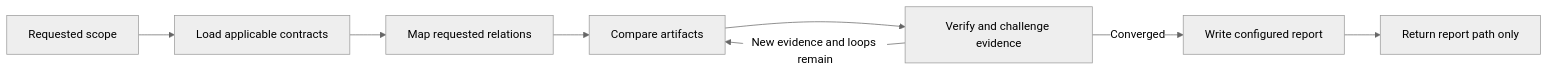
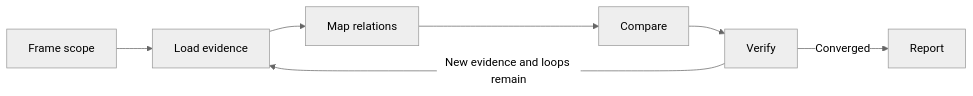
One commit to mols3131d/hmda-data-reliability changed the diagram in .github/agents/artifact-consistency-checker.agent.md. Above: the diagram before and after it, drawn with Mermaid (neutral theme). The commit also changed other lines of this file, not shown here.

````diff
--- a/.github/agents/artifact-consistency-checker.agent.md
+++ b/.github/agents/artifact-consistency-checker.agent.md
@@ -154,10 +77,9 @@
 ```mermaid
 flowchart LR
-    A[Requested scope] --> B[Load applicable contracts]
-    B --> C[Map requested relations]
-    C --> D[Compare artifacts]
-    D --> E[Verify and challenge evidence]
-    E -->|New evidence and loops remain| D
-    E -->|Converged| F[Write configured report]
-    F --> G[Return report path only]
+    A[Frame scope] --> B[Load evidence]
+    B --> C[Map relations]
+    C --> D[Compare]
+    D --> E[Verify]
+    E -->|New evidence and loops remain| B
+    E -->|Converged| F[Report]
 ```
````
